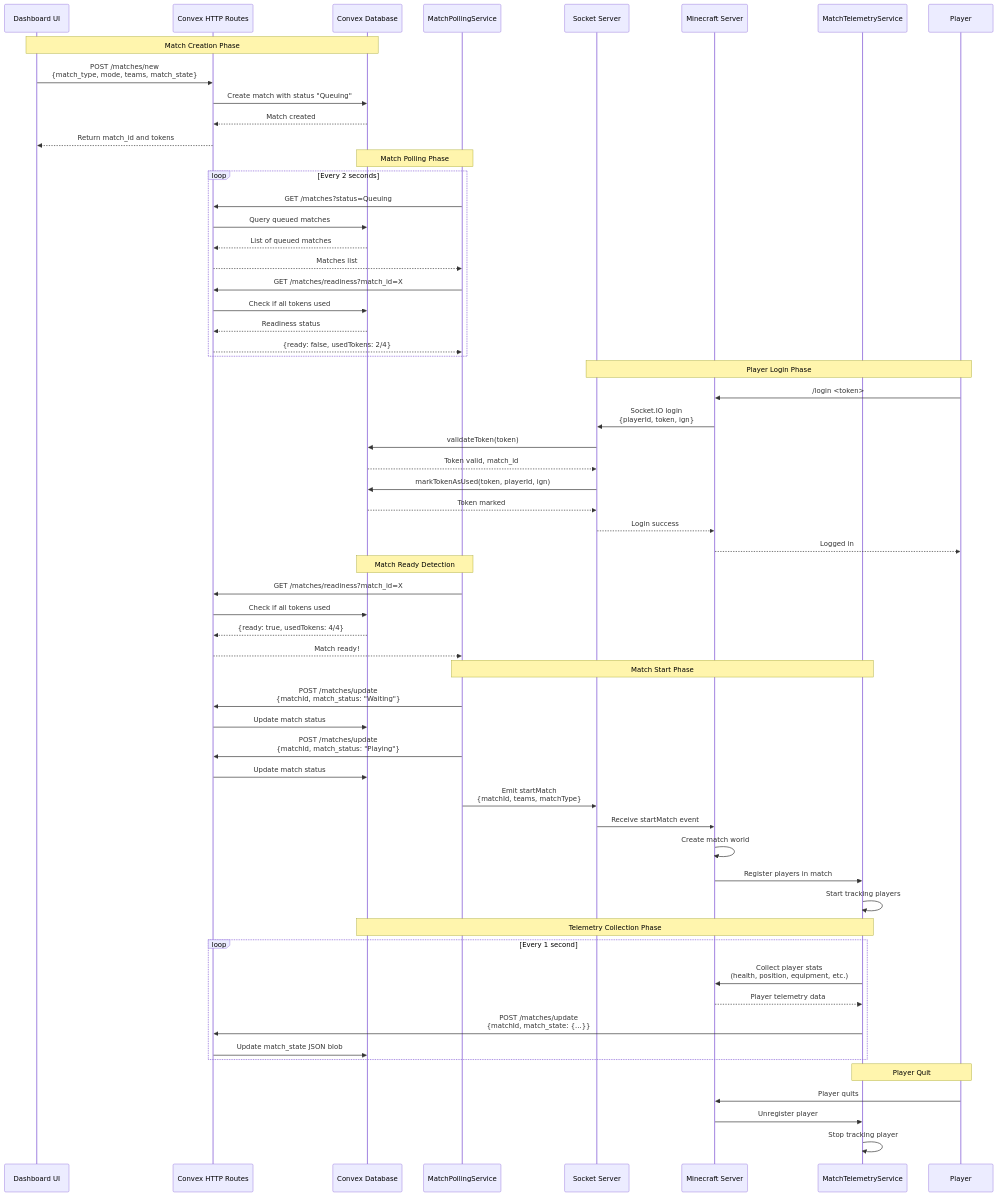
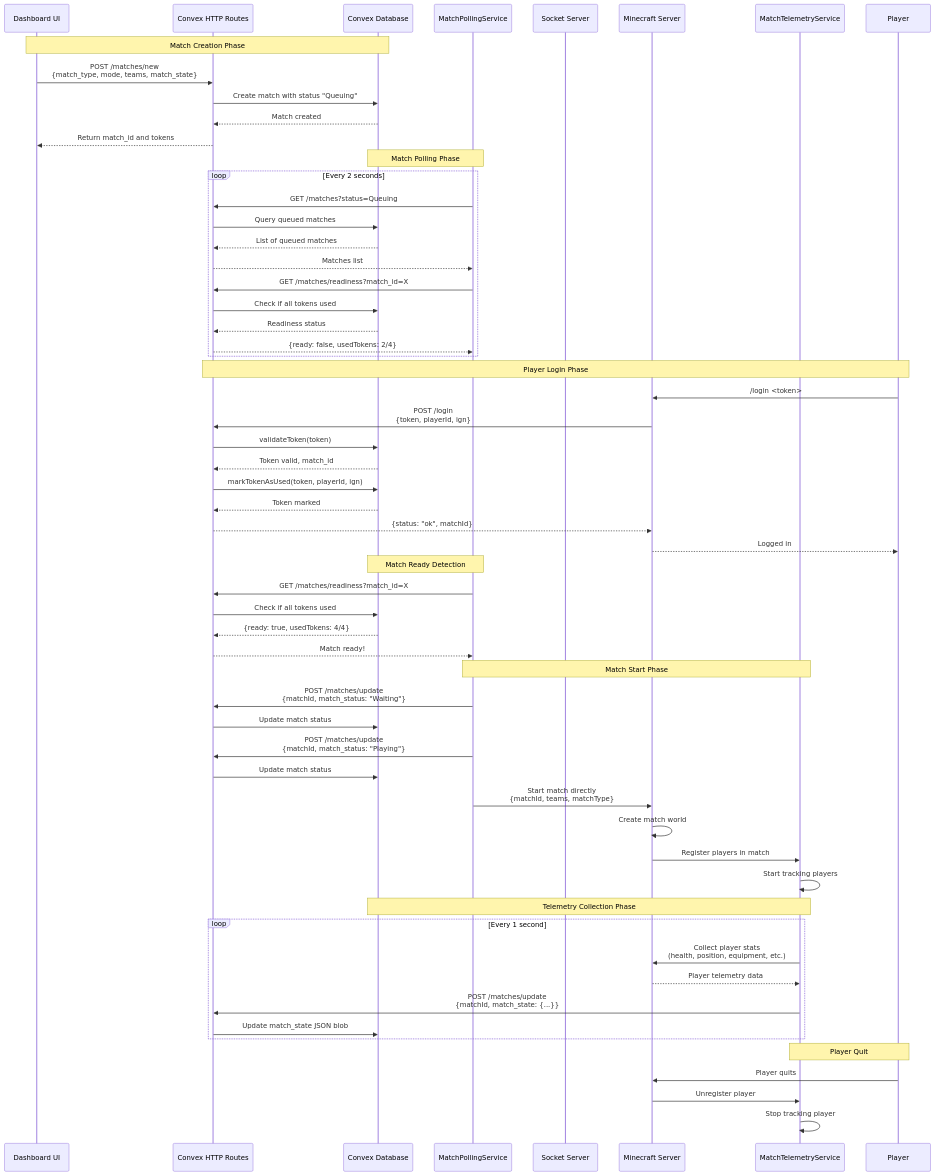
The second of 2 diagrams in docs/match-system-architecture.md (project-blockwarriors/blockwarriors-cmd), drawn with Mermaid before and after one commit. The commit also changed other lines of this file and 20 other files, not shown here.

Commit message:
refactor: remove Socket.IO dependency and transition to Convex HTTP routes for player login and match management

````diff
--- a/docs/match-system-architecture.md
+++ b/docs/match-system-architecture.md
@@ -73,71 +64,70 @@
 ```mermaid
 sequenceDiagram
     participant UI as Dashboard UI
     participant HTTP as Convex HTTP Routes
     participant DB as Convex Database
     participant POLLING as MatchPollingService
     participant SOCKET as Socket Server
     participant BEACON as Minecraft Server
     participant TELEMETRY as MatchTelemetryService
     participant PLAYER as Player
 
     Note over UI,DB: Match Creation Phase
     UI->>HTTP: POST /matches/new<br/>{match_type, mode, teams, match_state}
     HTTP->>DB: Create match with status "Queuing"
     DB-->>HTTP: Match created
     HTTP-->>UI: Return match_id and tokens
 
     Note over POLLING,DB: Match Polling Phase
     loop Every 2 seconds
         POLLING->>HTTP: GET /matches?status=Queuing
         HTTP->>DB: Query queued matches
         DB-->>HTTP: List of queued matches
         HTTP-->>POLLING: Matches list
 
         POLLING->>HTTP: GET /matches/readiness?match_id=X
         HTTP->>DB: Check if all tokens used
         DB-->>HTTP: Readiness status
         HTTP-->>POLLING: {ready: false, usedTokens: 2/4}
     end
 
-    Note over PLAYER,SOCKET: Player Login Phase
+    Note over PLAYER,HTTP: Player Login Phase
     PLAYER->>BEACON: /login <token>
-    BEACON->>SOCKET: Socket.IO login<br/>{playerId, token, ign}
-    SOCKET->>DB: validateToken(token)
-    DB-->>SOCKET: Token valid, match_id
-    SOCKET->>DB: markTokenAsUsed(token, playerId, ign)
-    DB-->>SOCKET: Token marked
-    SOCKET-->>BEACON: Login success
+    BEACON->>HTTP: POST /login<br/>{token, playerId, ign}
+    HTTP->>DB: validateToken(token)
+    DB-->>HTTP: Token valid, match_id
+    HTTP->>DB: markTokenAsUsed(token, playerId, ign)
+    DB-->>HTTP: Token marked
+    HTTP-->>BEACON: {status: "ok", matchId}
     BEACON-->>PLAYER: Logged in
 
     Note over POLLING,DB: Match Ready Detection
     POLLING->>HTTP: GET /matches/readiness?match_id=X
     HTTP->>DB: Check if all tokens used
     DB-->>HTTP: {ready: true, usedTokens: 4/4}
     HTTP-->>POLLING: Match ready!
 
     Note over POLLING,TELEMETRY: Match Start Phase
     POLLING->>HTTP: POST /matches/update<br/>{matchId, match_status: "Waiting"}
     HTTP->>DB: Update match status
     POLLING->>HTTP: POST /matches/update<br/>{matchId, match_status: "Playing"}
     HTTP->>DB: Update match status
 
-    POLLING->>SOCKET: Emit startMatch<br/>{matchId, teams, matchType}
-    SOCKET->>BEACON: Receive startMatch event
+    POLLING->>BEACON: Start match directly<br/>{matchId, teams, matchType}
     BEACON->>BEACON: Create match world
     BEACON->>TELEMETRY: Register players in match
     TELEMETRY->>TELEMETRY: Start tracking players
 
     Note over TELEMETRY,DB: Telemetry Collection Phase
     loop Every 1 second
         TELEMETRY->>BEACON: Collect player stats<br/>(health, position, equipment, etc.)
         BEACON-->>TELEMETRY: Player telemetry data
         TELEMETRY->>HTTP: POST /matches/update<br/>{matchId, match_state: {...}}
         HTTP->>DB: Update match_state JSON blob
     end
 
     Note over PLAYER,TELEMETRY: Player Quit
     PLAYER->>BEACON: Player quits
     BEACON->>TELEMETRY: Unregister player
     TELEMETRY->>TELEMETRY: Stop tracking player
 ```
````
